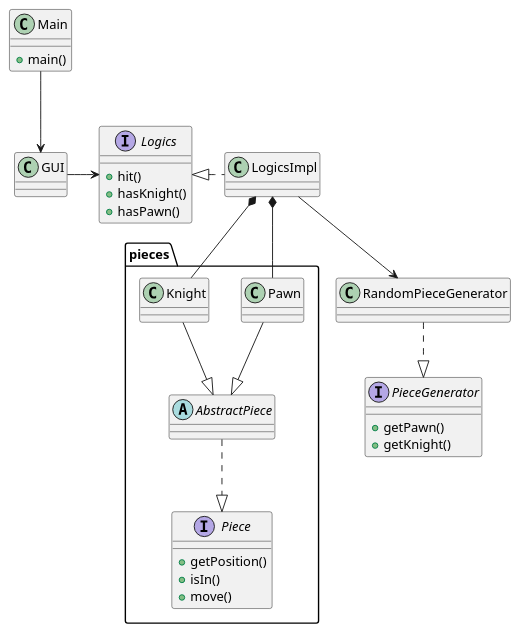
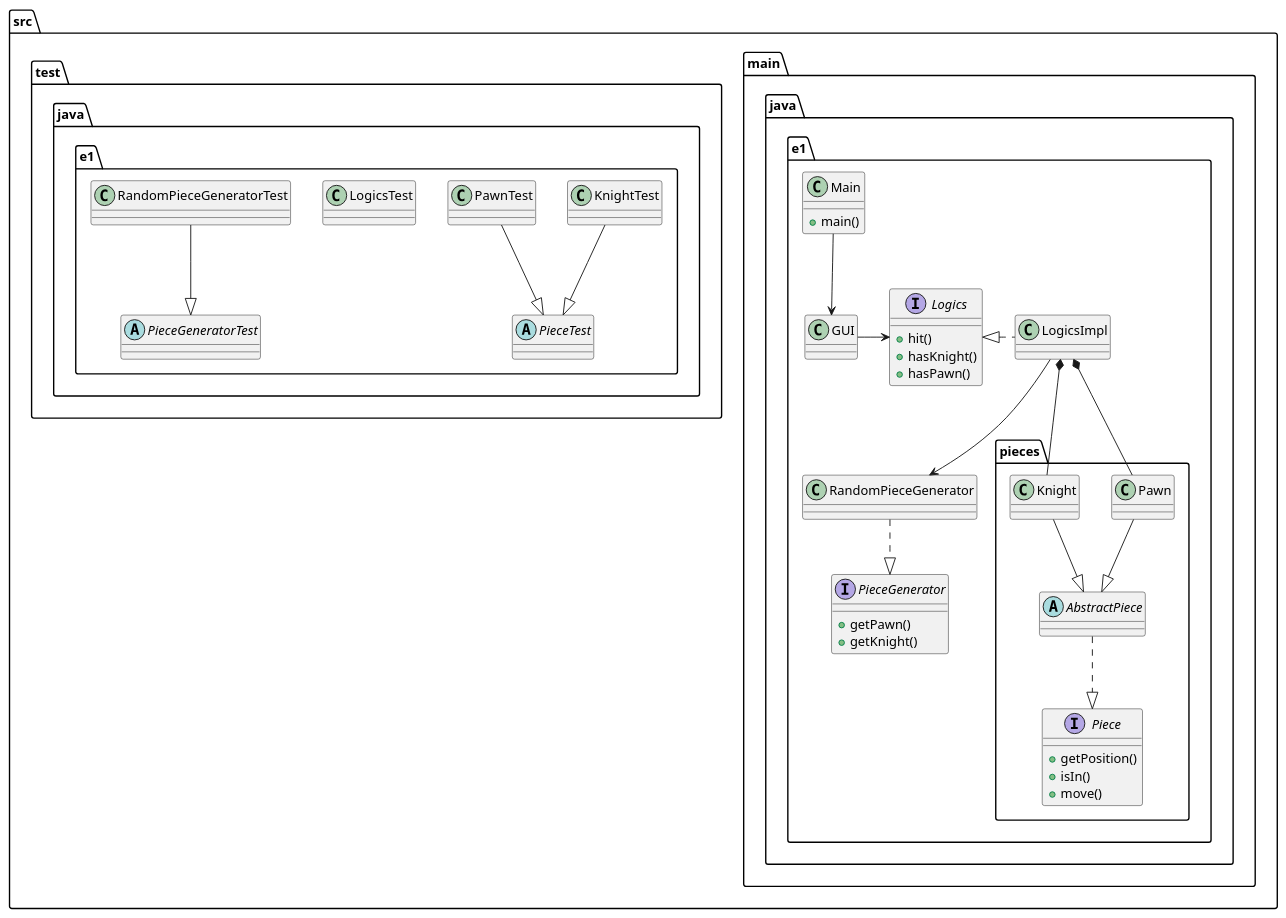
The diagram in src/main/java/e1/classDiagram.puml (passerim/pps-23-24-lab01b), drawn with PlantUML before and after one commit. The commit also changed 6 other files, not shown here.

Commit message:
Exercise 1 - Added tests about pieces movement and added tests to the UML diagram of the system

```diff
--- a/src/main/java/e1/classDiagram.puml
+++ b/src/main/java/e1/classDiagram.puml
@@ -1,57 +1,83 @@
 @startuml
-class Main {
-    +main()
+package src.main.java.e1 {
+    class Main {
+        +main()
+    }
+
+    class GUI {
+    }
+
+    interface Logics {
+        +hit()
+        +hasKnight()
+        +hasPawn()
+    }
+
+    class LogicsImpl {
+    }
+
+
+    interface PieceGenerator {
+        +getPawn()
+        +getKnight()
+    }
+
+    class RandomPieceGenerator {
+    }
+
+    package pieces {
+
+        interface Piece {
+            +getPosition()
+            +isIn()
+            +move()
+        }
+
+        abstract class AbstractPiece {
+        }
+
+        class Pawn {
+        }
+
+        class Knight {
+        }
+
+    }
+
+
+    Main --> GUI
+    GUI -r-> Logics
+    LogicsImpl ..l..|> Logics
+    LogicsImpl --> RandomPieceGenerator
+    LogicsImpl *-- Pawn
+    LogicsImpl *-- Knight
+    RandomPieceGenerator ..|> PieceGenerator
+    AbstractPiece ..|> Piece
+    Pawn --|> AbstractPiece
+    Knight --|> AbstractPiece
 }
 
-class GUI {
-}
-
-interface Logics {
-    +hit()
-    +hasKnight()
-    +hasPawn()
-}
-
-class LogicsImpl {
-}
-
-
-interface PieceGenerator {
-    +getPawn()
-    +getKnight()
-}
-
-class RandomPieceGenerator {
-}
-
-package pieces {
-
-    interface Piece {
-        +getPosition()
-        +isIn()
-        +move()
+package src.test.java.e1 {
+    class KnightTest {
     }
 
-    abstract class AbstractPiece {
+    class PawnTest {
     }
 
-    class Pawn {
+    class LogicsTest {
     }
 
-    class Knight {
+    class RandomPieceGeneratorTest {
     }
 
+    abstract class PieceTest {
+    }
+
+    abstract class PieceGeneratorTest {
+    }
+
+KnightTest --|> PieceTest
+PawnTest --|> PieceTest
+RandomPieceGeneratorTest --|> PieceGeneratorTest
 }
-
-
-Main --> GUI
-GUI -r-> Logics
-LogicsImpl ..l..|> Logics
-LogicsImpl --> RandomPieceGenerator
-LogicsImpl *-- Pawn
-LogicsImpl *-- Knight
-RandomPieceGenerator ..|> PieceGenerator
-AbstractPiece ..|> Piece
-Pawn --|> AbstractPiece
-Knight --|> AbstractPiece
 @enduml
```
